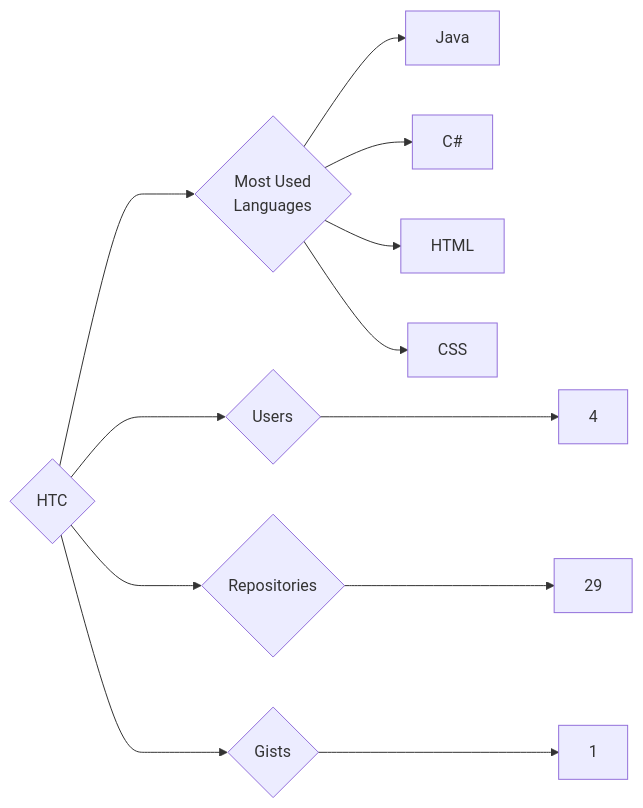
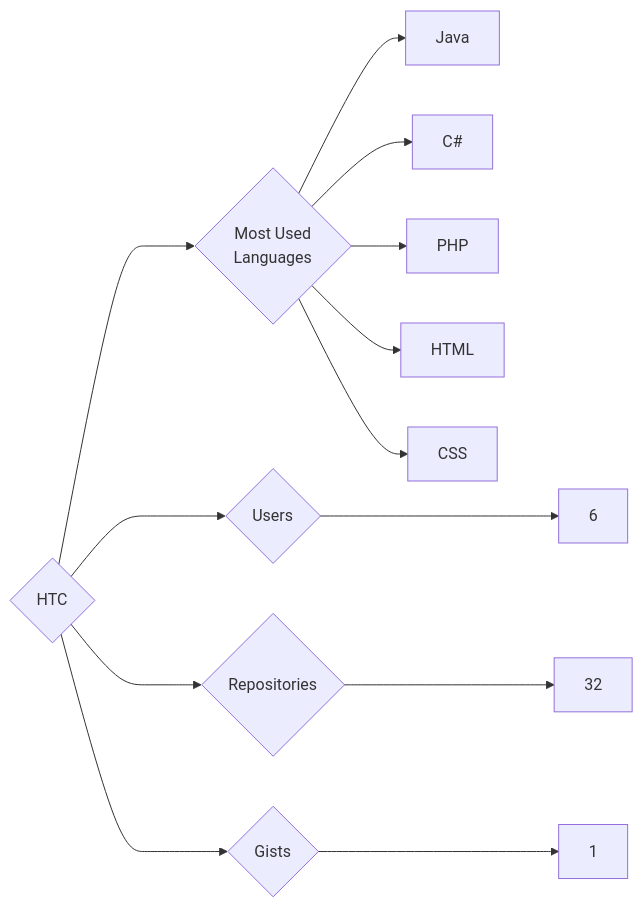
Before and after one commit to trickest/insiders: the diagram in targets/HTC/README.md, drawn with Mermaid. The commit also changed 934 other files, not shown here.

````diff
--- a/targets/HTC/README.md
+++ b/targets/HTC/README.md
@@ -3,12 +3,13 @@
 ```mermaid
 graph LR
 COMPANY_NAME{HTC}
-COMPANY_NAME ---> U{Users} ---> UN[4]
-COMPANY_NAME ---> R{Repositories} ---> RN[29]
+COMPANY_NAME ---> U{Users} ---> UN[6]
+COMPANY_NAME ---> R{Repositories} ---> RN[32]
 COMPANY_NAME ---> G{Gists} ---> GN[1]
 COMPANY_NAME ---> ML{Most Used<br>Languages}
 ML --> Java[Java]
 ML --> C#[C#]
+ML --> PHP[PHP]
 ML --> HTML[HTML]
 ML --> CSS[CSS]
 ```
````
